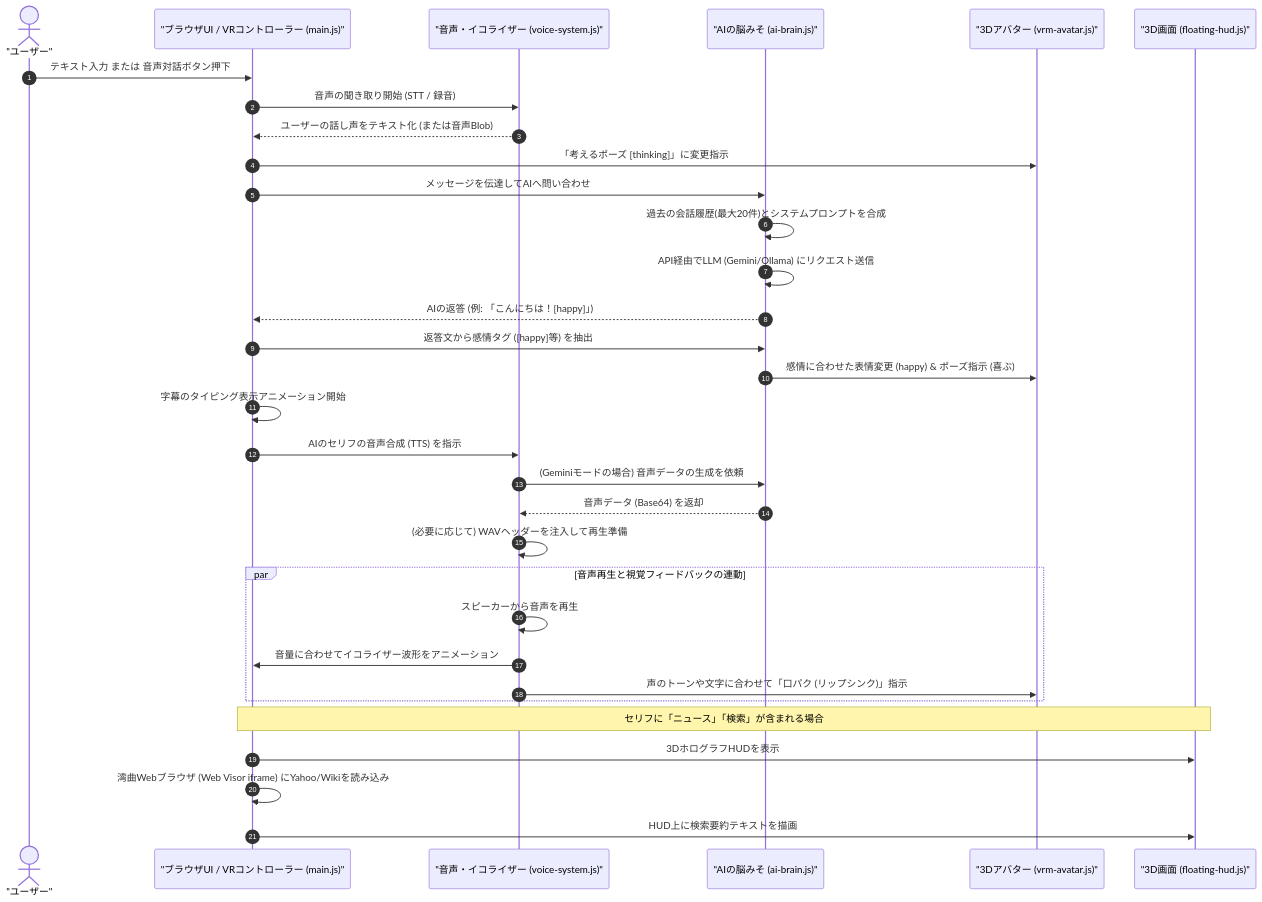
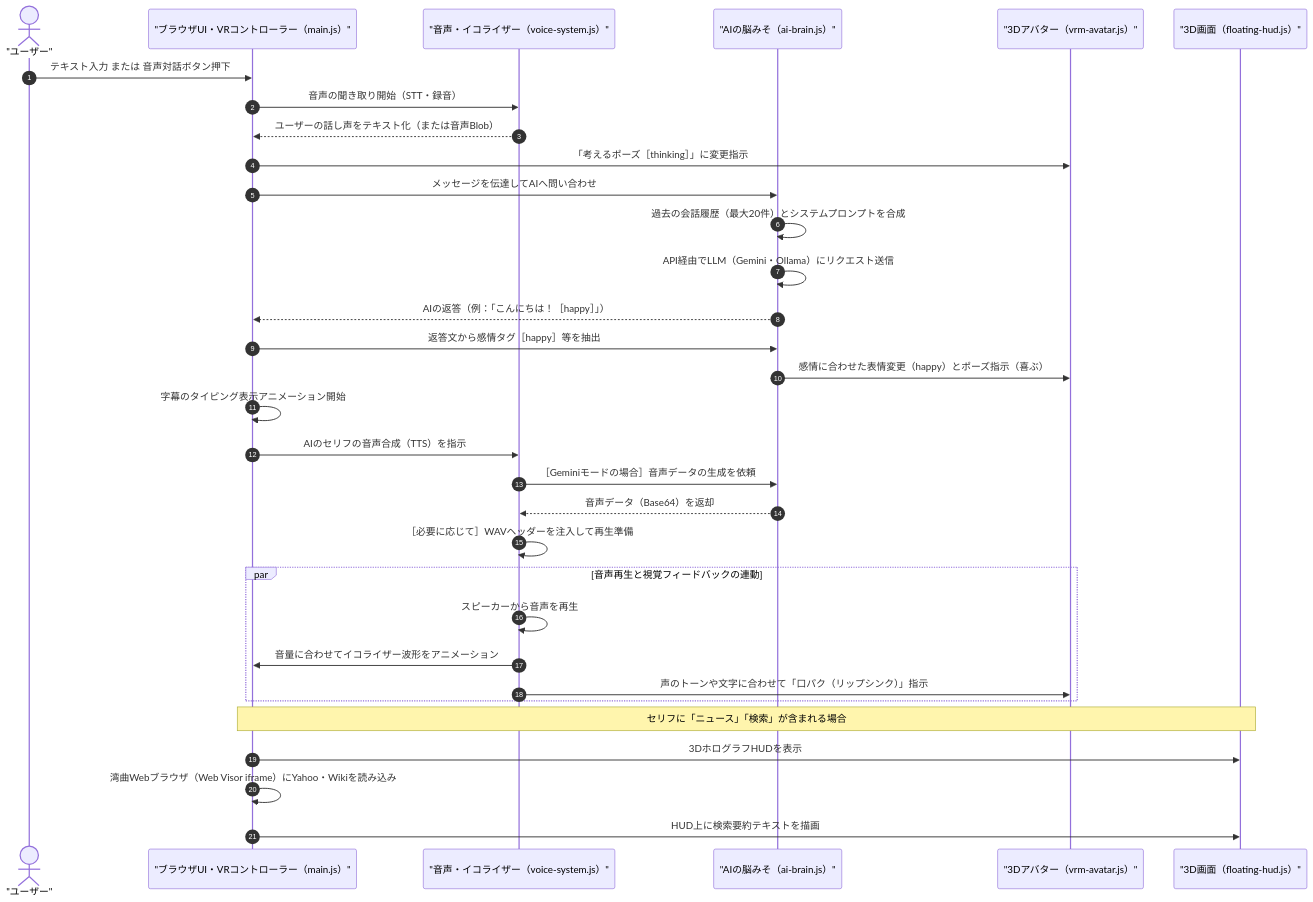
Before and after one commit to ohban730/alpha-synapse: the second of 3 diagrams in docs/architecture.md, drawn with Mermaid. The commit also changed other lines of this file and 21 other files, not shown here.

````diff
--- a/docs/architecture.md
+++ b/docs/architecture.md
@@ -65,45 +112,45 @@
 ```mermaid
 sequenceDiagram
     autonumber
     actor U as "ユーザー"
-    participant UI as "ブラウザUI / VRコントローラー (main.js)"
-    participant VS as "音声・イコライザー (voice-system.js)"
-    participant AB as "AIの脳みそ (ai-brain.js)"
-    participant AV as "3Dアバター (vrm-avatar.js)"
-    participant HUD as "3D画面 (floating-hud.js)"
+    participant UI as "ブラウザUI・VRコントローラー（main.js）"
+    participant VS as "音声・イコライザー（voice-system.js）"
+    participant AB as "AIの脳みそ（ai-brain.js）"
+    participant AV as "3Dアバター（vrm-avatar.js）"
+    participant HUD as "3D画面（floating-hud.js）"
 
     %% 1. 入力フェーズ
     U->>UI: テキスト入力 または 音声対話ボタン押下
-    UI->>VS: 音声の聞き取り開始 (STT / 録音)
-    VS-->>UI: ユーザーの話し声をテキスト化 (または音声Blob)
+    UI->>VS: 音声の聞き取り開始（STT・録音）
+    VS-->>UI: ユーザーの話し声をテキスト化（または音声Blob）
 
     %% 2. AI思考フェーズ
-    UI->>AV: 「考えるポーズ [thinking]」に変更指示
+    UI->>AV: 「考えるポーズ［thinking］」に変更指示
     UI->>AB: メッセージを伝達してAIへ問い合わせ
-    AB->>AB: 過去の会話履歴(最大20件)とシステムプロンプトを合成
-    AB->>AB: API経由でLLM (Gemini/Ollama) にリクエスト送信
-    AB-->>UI: AIの返答 (例: 「こんにちは！[happy]」)
+    AB->>AB: 過去の会話履歴（最大20件）とシステムプロンプトを合成
+    AB->>AB: API経由でLLM（Gemini・Ollama）にリクエスト送信
+    AB-->>UI: AIの返答（例：「こんにちは！［happy］」）
 
     %% 3. パース・演出フェーズ
-    UI->>AB: 返答文から感情タグ ([happy]等) を抽出
-    AB->>AV: 感情に合わせた表情変更 (happy) & ポーズ指示 (喜ぶ)
+    UI->>AB: 返答文から感情タグ［happy］等を抽出
+    AB->>AV: 感情に合わせた表情変更（happy）とポーズ指示（喜ぶ）
     UI->>UI: 字幕のタイピング表示アニメーション開始
     
     %% 4. 音声生成・出力フェーズ
-    UI->>VS: AIのセリフの音声合成 (TTS) を指示
-    VS->>AB: (Geminiモードの場合) 音声データの生成を依頼
-    AB-->>VS: 音声データ (Base64) を返却
-    VS->>VS: (必要に応じて) WAVヘッダーを注入して再生準備
+    UI->>VS: AIのセリフの音声合成（TTS）を指示
+    VS->>AB: ［Geminiモードの場合］音声データの生成を依頼
+    AB-->>VS: 音声データ（Base64）を返却
+    VS->>VS: ［必要に応じて］WAVヘッダーを注入して再生準備
     
     par 音声再生と視覚フィードバックの連動
         VS->>VS: スピーカーから音声を再生
         VS->>UI: 音量に合わせてイコライザー波形をアニメーション
-        VS->>AV: 声のトーンや文字に合わせて「口パク (リップシンク)」指示
+        VS->>AV: 声のトーンや文字に合わせて「口パク（リップシンク）」指示
     end
 
     %% 5. ニュース・検索連携 (キーワード検知時)
     Note over UI,HUD: セリフに「ニュース」「検索」が含まれる場合
     UI->>HUD: 3DホログラフHUDを表示
-    UI->>UI: 湾曲Webブラウザ (Web Visor iframe) にYahoo/Wikiを読み込み
+    UI->>UI: 湾曲Webブラウザ（Web Visor iframe）にYahoo・Wikiを読み込み
     UI->>HUD: HUD上に検索要約テキストを描画
 ```
````
